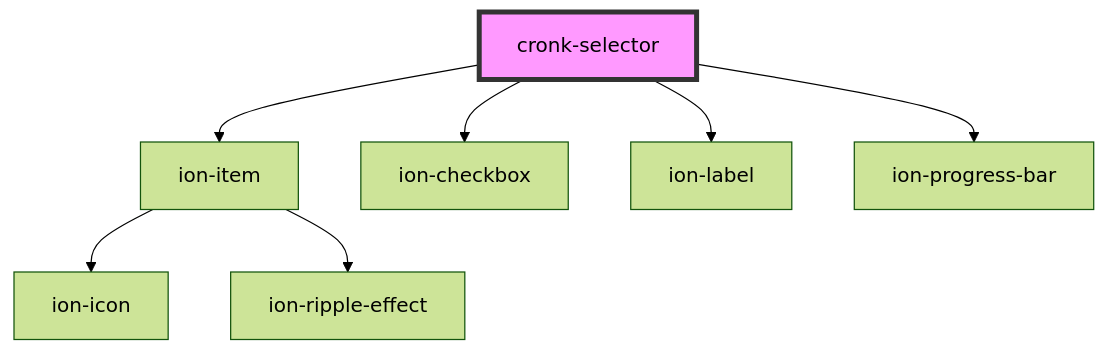
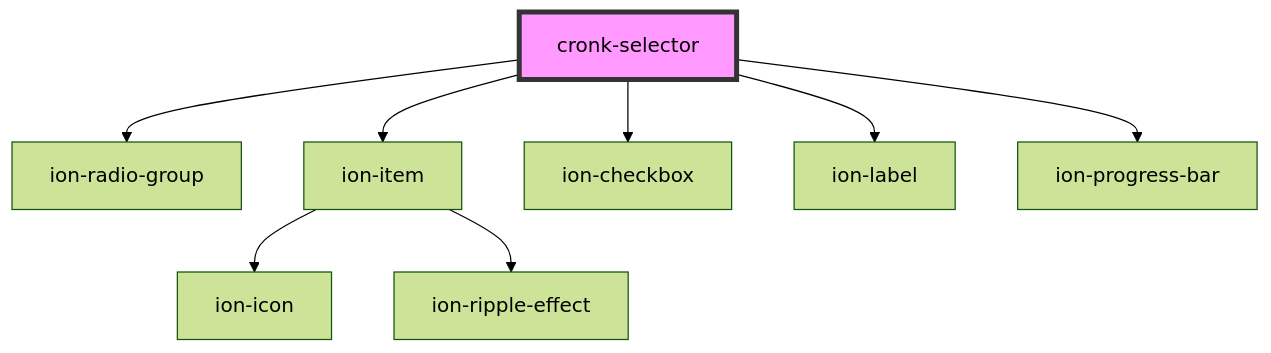
One commit to nanoporetech/cronkite changed the diagram in src/components/selector/readme.md. Above: the diagram before and after it, drawn with Mermaid (forest theme). The commit also changed other lines of this file and 65 other files, not shown here.

````diff
--- a/src/components/selector/readme.md
+++ b/src/components/selector/readme.md
@@ -30,10 +32,11 @@
 ```mermaid
 graph TD;
+  cronk-selector --> ion-radio-group
   cronk-selector --> ion-item
   cronk-selector --> ion-checkbox
   cronk-selector --> ion-label
   cronk-selector --> ion-progress-bar
   ion-item --> ion-icon
   ion-item --> ion-ripple-effect
   style cronk-selector fill:#f9f,stroke:#333,stroke-width:4px
 ```
````
